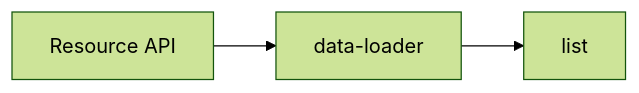
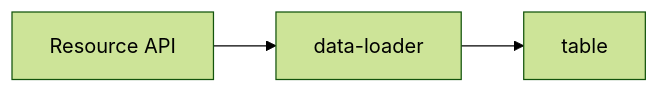
One commit to appsemble/appsemble changed the diagram in docs/guide/basic-app.md. Above: the diagram before and after it, drawn with Mermaid (forest theme). The commit also changed other lines of this file and 12 other files, not shown here.

Commit message:
rename @appsemble/list to @appsemble/table

````diff
--- a/docs/guide/basic-app.md
+++ b/docs/guide/basic-app.md
@@ -138,4 +138,4 @@
 ```mermaid
 graph LR
-    resource[Resource API] --> data-loader --> list
+    resource[Resource API] --> data-loader --> table
 ```
````
